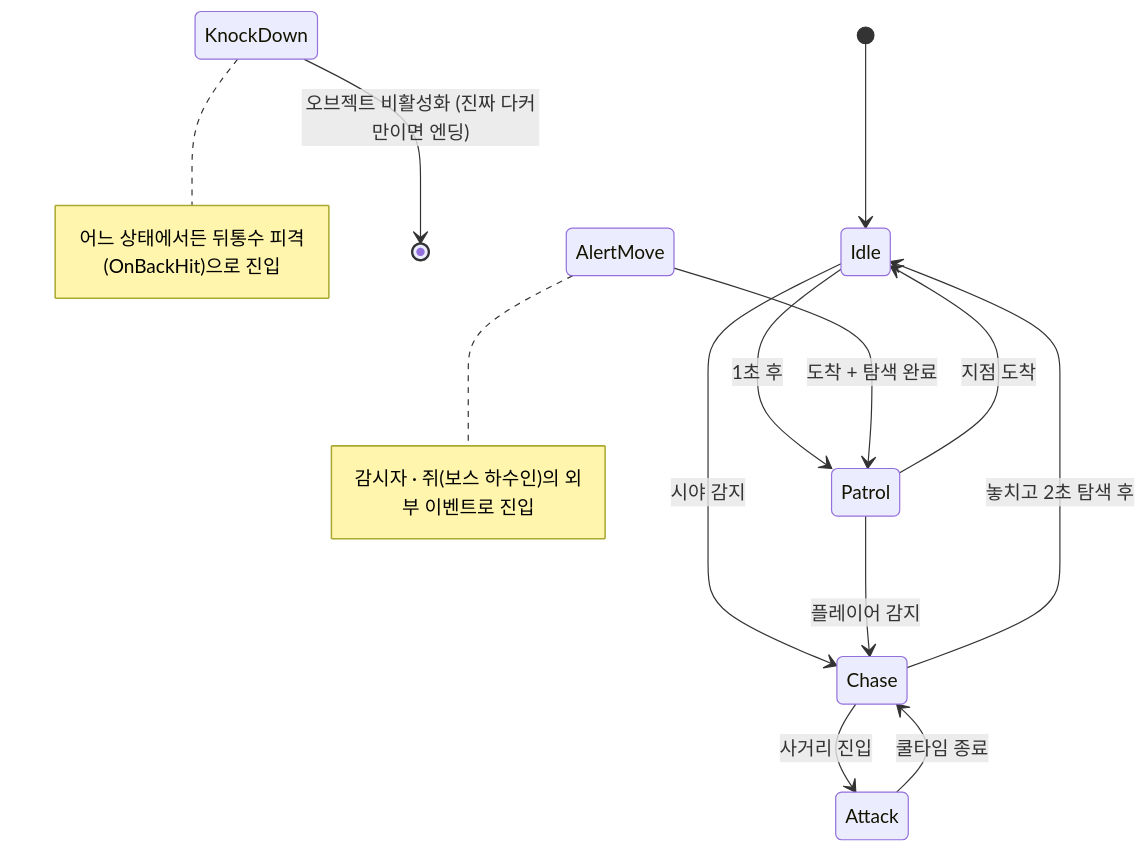
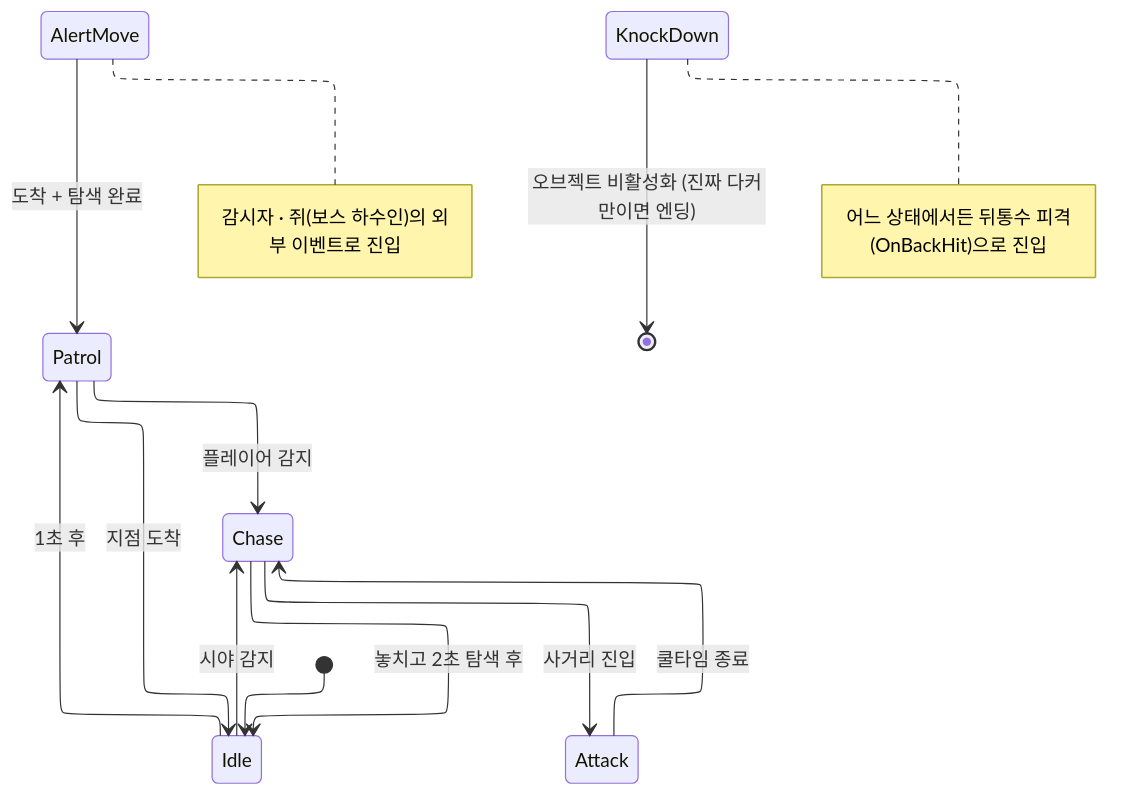
Before and after one commit to pinkshield/portfolio: the second of 3 diagrams in src/1-watch-your-back/기술문서.md, drawn with Mermaid. The commit also changed other lines of this file and 10 other files, not shown here.

First line of the commit message:
다이어그램 ELK 배치 적용, 상세 문서 그림 규격(720×540) 통일

````diff
--- a/src/1-watch-your-back/기술문서.md
+++ b/src/1-watch-your-back/기술문서.md
@@ -181,15 +185,16 @@
 ```mermaid
+%%{init: {"layout": "elk", "elk": {"cycleBreakingStrategy": "MODEL_ORDER"}}}%%
 stateDiagram-v2
     [*] --> Idle
     Idle --> Patrol : 1초 후
     Idle --> Chase : 시야 감지
     Patrol --> Idle : 지점 도착
     Patrol --> Chase : 플레이어 감지
     Chase --> Attack : 사거리 진입
     Chase --> Idle : 놓치고 2초 탐색 후
     Attack --> Chase : 쿨타임 종료
     AlertMove --> Patrol : 도착 + 탐색 완료
     note right of AlertMove : 감시자 · 쥐(보스 하수인)의 외부 이벤트로 진입
     KnockDown --> [*] : 오브젝트 비활성화 (진짜 다커만이면 엔딩)
     note right of KnockDown : 어느 상태에서든 뒤통수 피격(OnBackHit)으로 진입
 ```
````
